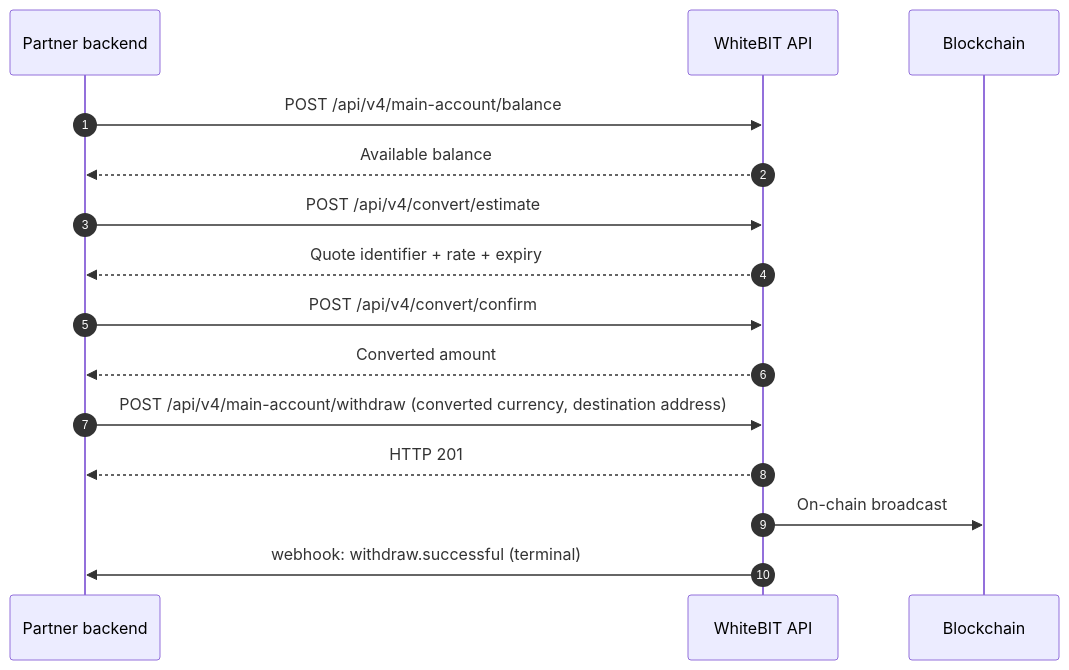
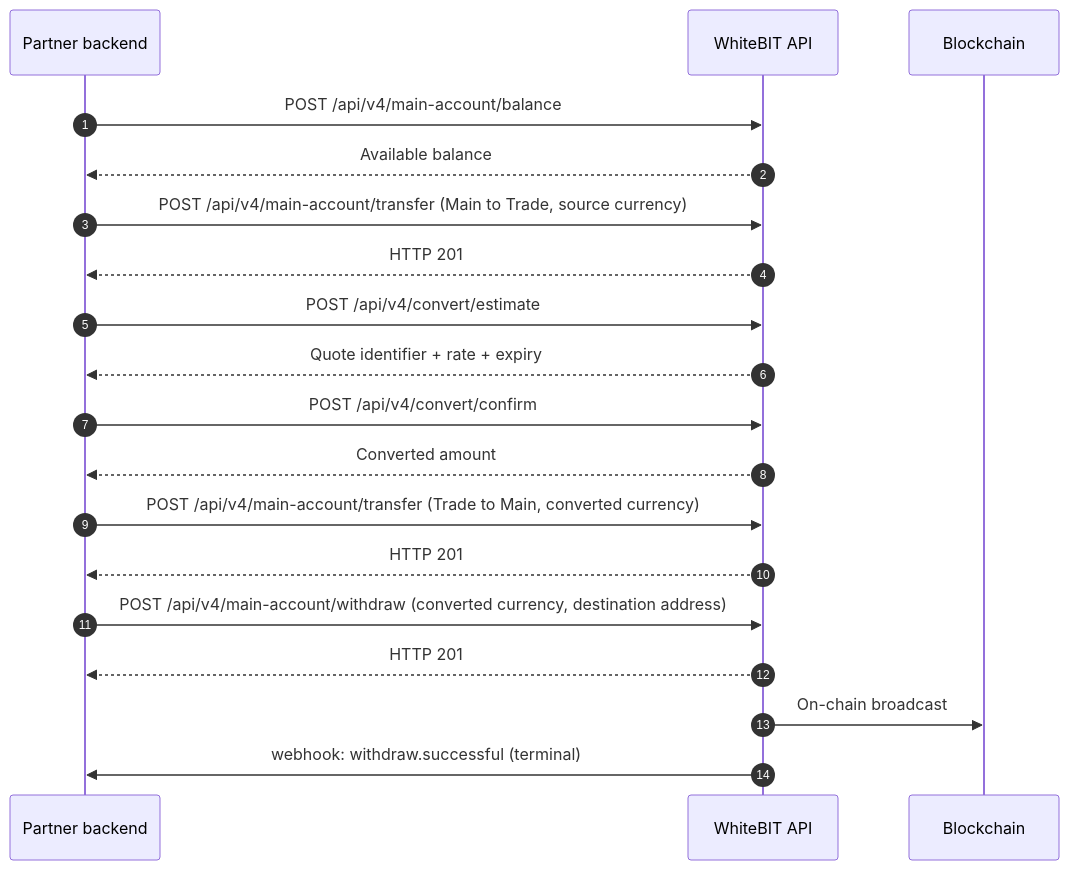
One commit to whitebit-exchange/docs changed the third of 6 diagrams in guides/payment-integration.mdx. Above: the diagram before and after it, drawn with Mermaid. The commit also changed other lines of this file and 15 other files, not shown here.

Commit message:
fix(api): convert through the trade balance and document retry outcomes

````diff
--- a/guides/payment-integration.mdx
+++ b/guides/payment-integration.mdx
@@ -96,18 +96,22 @@
 ```mermaid
 sequenceDiagram
     autonumber
     participant P as Partner backend
     participant W as WhiteBIT API
     participant B as Blockchain
 
     P->>W: POST /api/v4/main-account/balance
     W-->>P: Available balance
+    P->>W: POST /api/v4/main-account/transfer (Main to Trade, source currency)
+    W-->>P: HTTP 201
     P->>W: POST /api/v4/convert/estimate
     W-->>P: Quote identifier + rate + expiry
     P->>W: POST /api/v4/convert/confirm
     W-->>P: Converted amount
+    P->>W: POST /api/v4/main-account/transfer (Trade to Main, converted currency)
+    W-->>P: HTTP 201
     P->>W: POST /api/v4/main-account/withdraw (converted currency, destination address)
     W-->>P: HTTP 201
     W->>B: On-chain broadcast
     W->>P: webhook: withdraw.successful (terminal)
 ```
````
